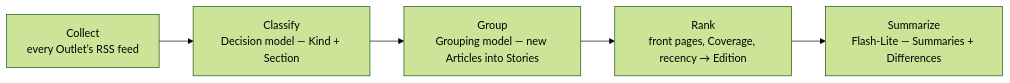
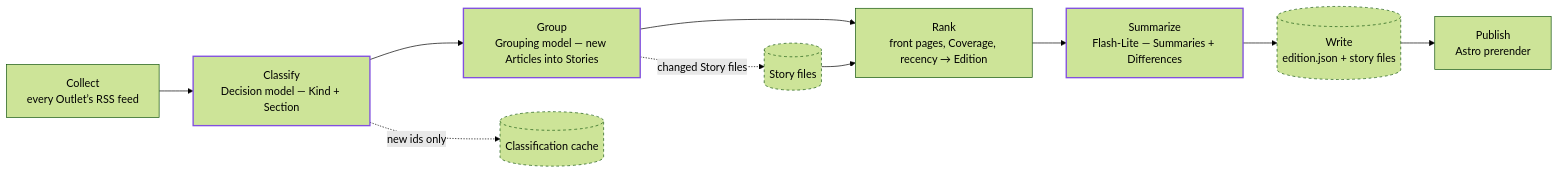
One commit to adesurirey/prisme changed the diagram in README.md. Above: the diagram before and after it, drawn with Mermaid (forest theme). The commit also changed other lines of this file, not shown here.

Commit message:
docs: add a how it works section to the readme

````diff
--- a/README.md
+++ b/README.md
@@ -12,7 +13,14 @@
 ```mermaid
 flowchart LR
-    A[Collect<br>every Outlet’s RSS feed] --> B[Classify<br>Decision model — Kind + Section]
-    B --> C[Group<br>Grouping model — new Articles into Stories]
+    classDef store stroke-dasharray:4;
+    classDef model stroke:#8250df,stroke-width:2;
+    A[Collect<br>every Outlet’s RSS feed] --> B[Classify<br>Decision model — Kind + Section]:::model
+    B --> C[Group<br>Grouping model — new Articles into Stories]:::model
     C --> D[Rank<br>front pages, Coverage, recency → Edition]
-    D --> E[Summarize<br>Flash-Lite — Summaries + Differences]
+    D --> E[Summarize<br>Flash-Lite — Summaries + Differences]:::model
+    E --> F[(Write<br>edition.json + story files)]:::store
+    F --> G[Publish<br>Astro prerender]
+    B -. new ids only .-> H[(Classification cache)]:::store
+    C -. changed Story files .-> I[(Story files)]:::store
+    I --> D
 ```
````
